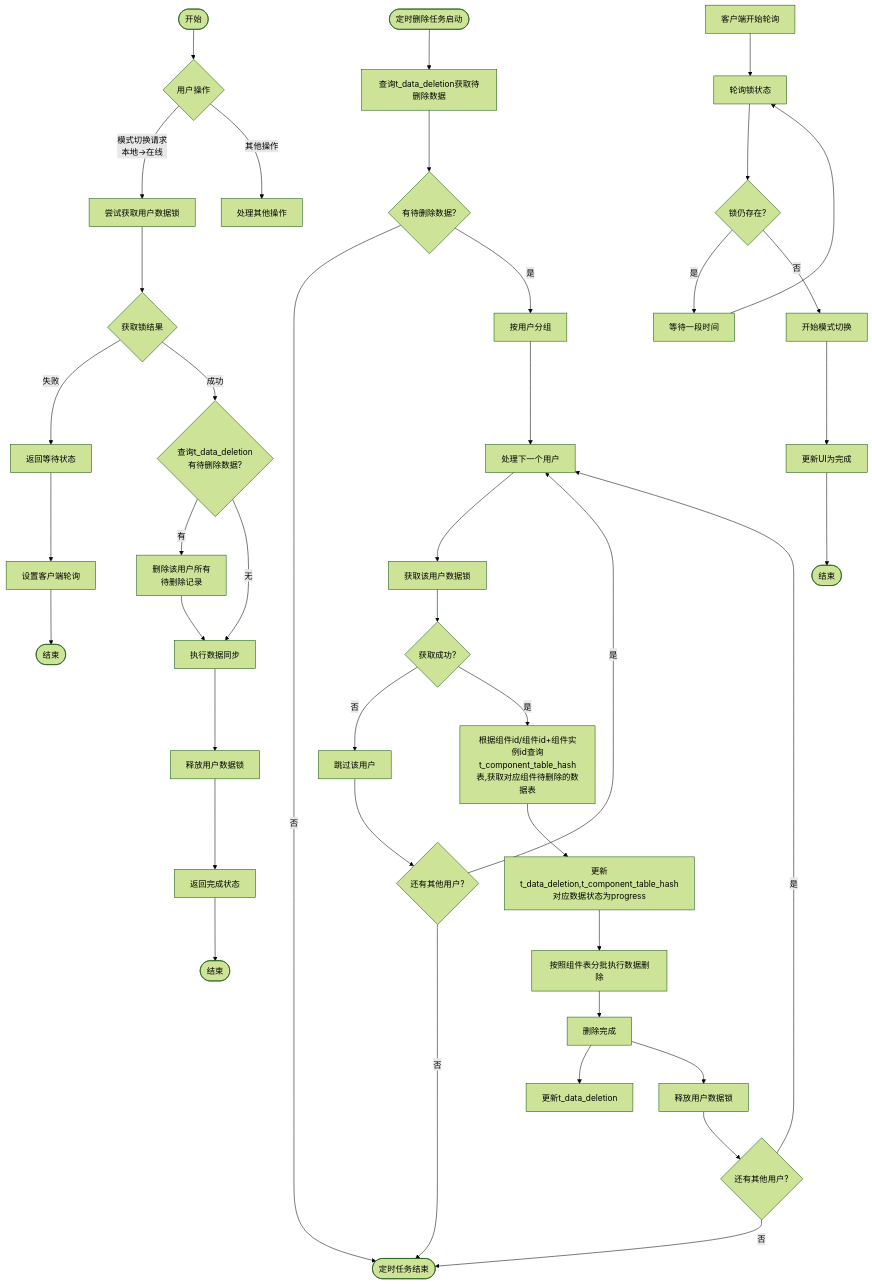
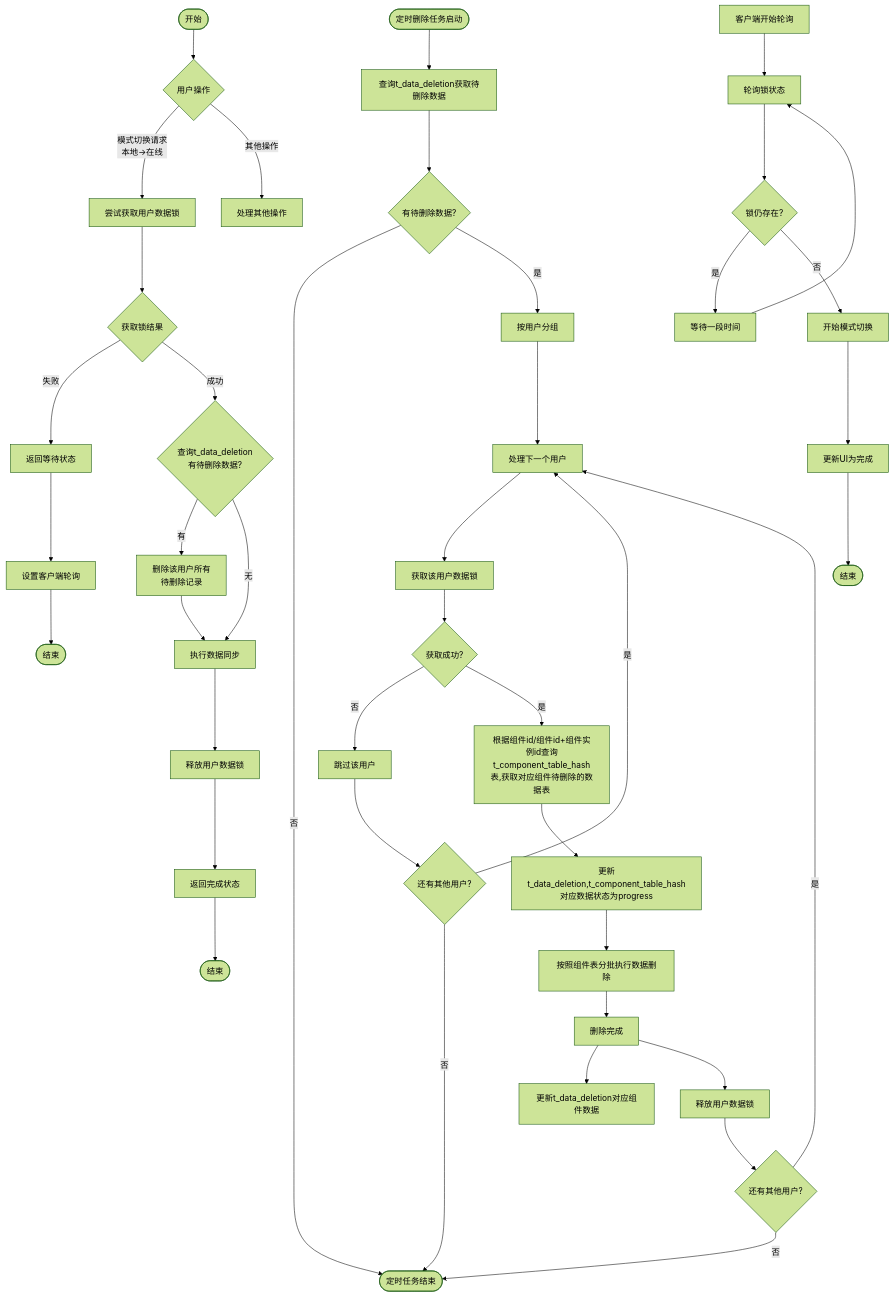
The diagram in all/未命名-57.md (yingjianzh/iodraw-files), drawn with Mermaid (forest theme) before and after one commit.

Commit message:
2025-05-12 11:25:29 update

````diff
--- a/all/未命名-57.md
+++ b/all/未命名-57.md
@@ -1,63 +1,63 @@
 ```mermaid
 flowchart TD
     %% 主要分支
     Start([开始]) --> UserAction{用户操作}
     UserAction -->|模式切换请求\n本地→在线| TryLock[尝试获取用户数据锁]
     UserAction -->|其他操作| OtherOps[处理其他操作]
     
     %% 定时删除任务分支
     ScheduledTask([定时删除任务启动]) --> QueryDeletions[查询t_data_deletion获取待删除数据]
     QueryDeletions --> HasTasks{有待删除数据?}
     HasTasks -->|否| TaskEnd([定时任务结束])
     HasTasks -->|是| GroupByUser[按用户分组]
     
     %% 处理用户数据删除
     GroupByUser --> ProcessNextUser[处理下一个用户]
     ProcessNextUser --> AcquireLock[获取该用户数据锁]
     AcquireLock --> LockSuccess{获取成功?}
     
     LockSuccess -->|否| SkipUser[跳过该用户]
     SkipUser --> MoreUsers1{还有其他用户?}
     MoreUsers1 -->|是| ProcessNextUser
     MoreUsers1 -->|否| TaskEnd
     
     LockSuccess -->|是| GetData[根据组件id/组件id+组件实例id查询t_component_table_hash表,获取对应组件待删除的数据表]
     
     GetData --> UpdateData[更新t_data_deletion,t_component_table_hash对应数据状态为progress]
     UpdateData --> DeleteData[按照组件表分批执行数据删除]
     DeleteData --> DeleteCompleted[删除完成]
-    DeleteCompleted --> UpdateDataDeletion[更新t_data_deletion]
+    DeleteCompleted --> UpdateDataDeletion[更新t_data_deletion对应组件数据]
     DeleteCompleted --> ReleaseLock[释放用户数据锁]
     ReleaseLock --> MoreUsers2{还有其他用户?}
     MoreUsers2 -->|是| ProcessNextUser
     MoreUsers2 -->|否| TaskEnd
     
     %% 模式切换流程
     TryLock --> LockResult{获取锁结果}
     
     LockResult -->|失败| ReturnWaiting[返回等待状态]
     ReturnWaiting --> SetupPolling[设置客户端轮询]
     SetupPolling --> End1([结束])
     
     LockResult -->|成功| CheckPendingDeletion{查询t_data_deletion\n有待删除数据?}
     
     CheckPendingDeletion -->|有| RemoveDeletionRecords[删除该用户所有\n待删除记录]
     RemoveDeletionRecords --> PerformSync[执行数据同步]
     
     CheckPendingDeletion -->|无| PerformSync
     
     PerformSync --> ReleaseSwitchLock[释放用户数据锁]
     ReleaseSwitchLock --> ReturnComplete[返回完成状态]
     ReturnComplete --> End2([结束])
     
     %% 客户端轮询
     ClientPolling[客户端开始轮询] --> PollLockStatus[轮询锁状态]
     PollLockStatus --> StillLocked{锁仍存在?}
     
     StillLocked -->|是| WaitInterval[等待一段时间]
     WaitInterval --> PollLockStatus
     
     StillLocked -->|否| StartSwitch[开始模式切换]
     StartSwitch --> CompleteUI[更新UI为完成]
     CompleteUI --> End3([结束])
 ```
````
